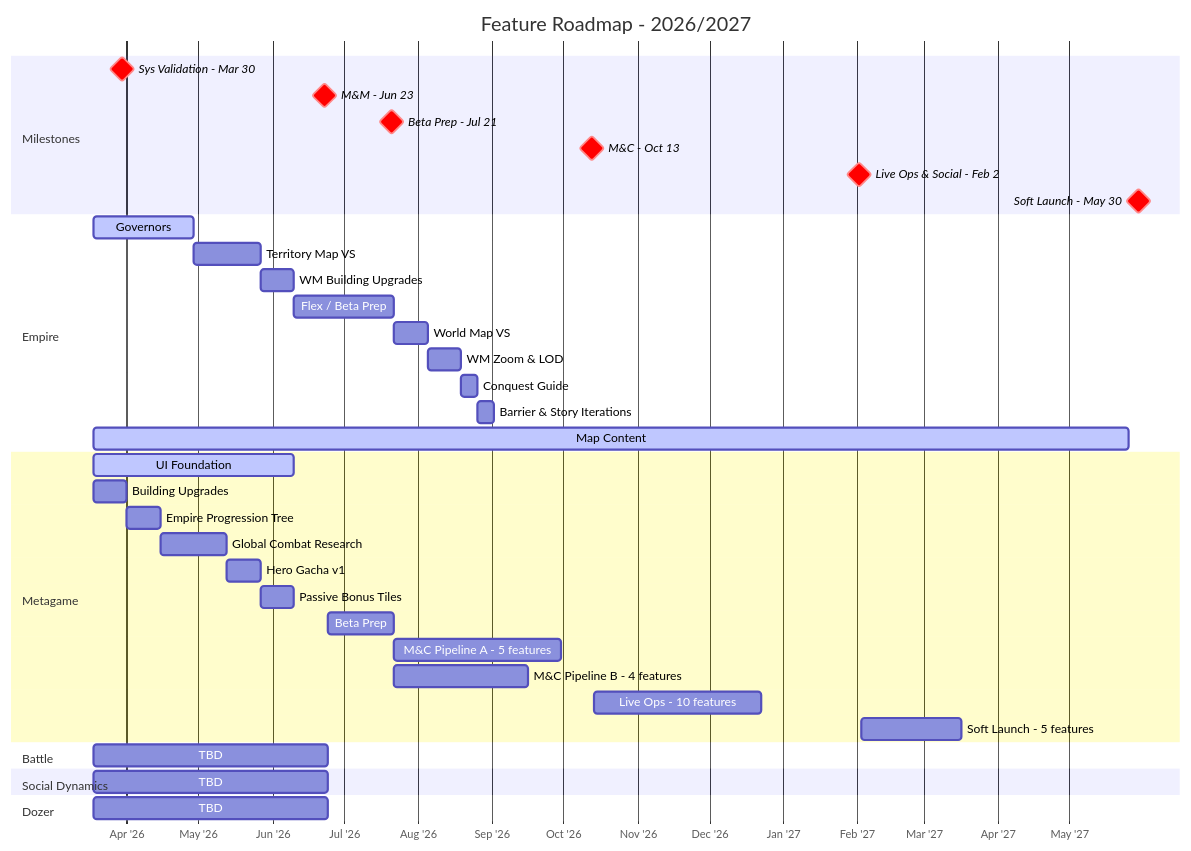
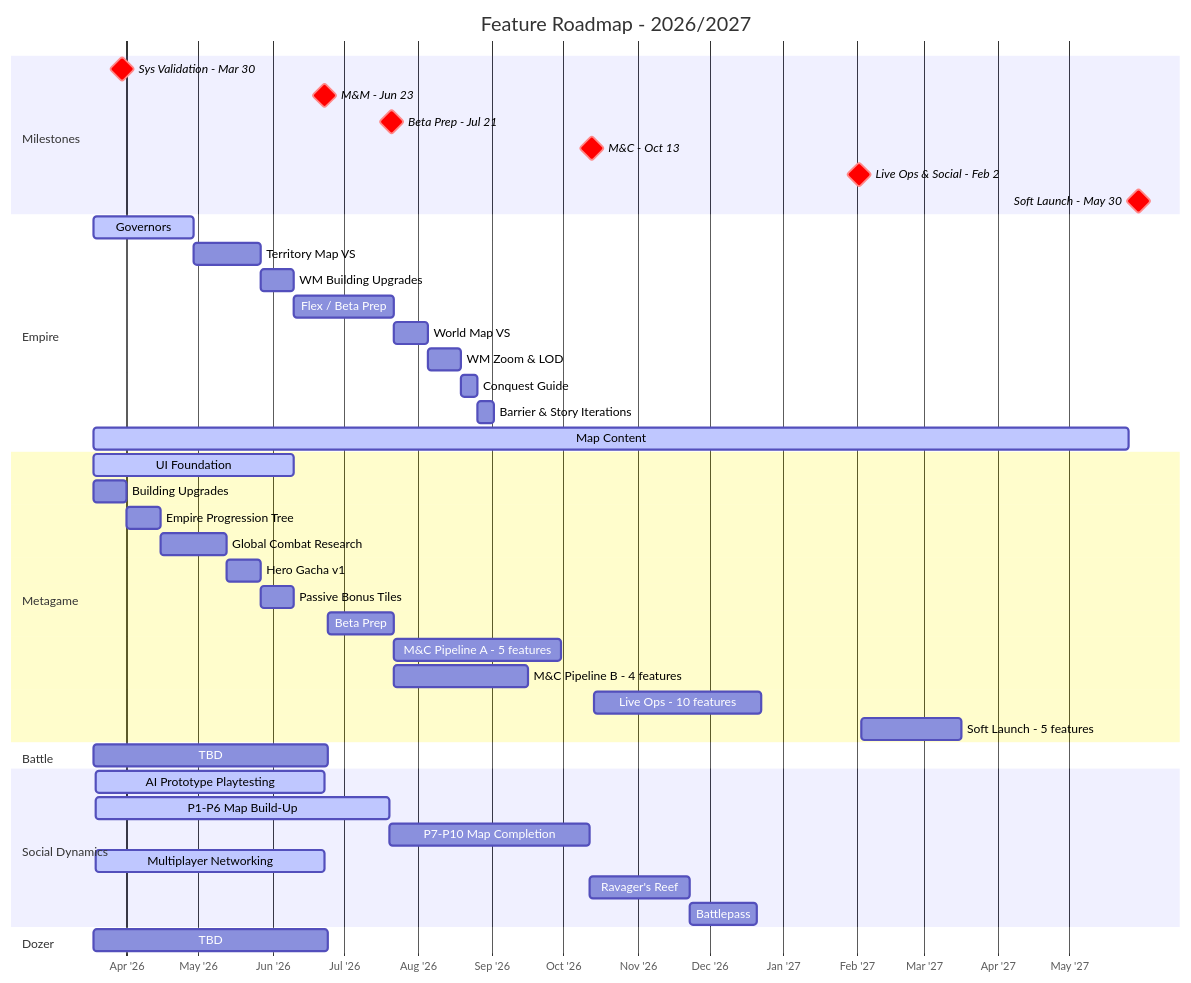
One commit to timwilliams-prod/proj-chimera-documentation-brain changed the diagram in generated/roadmap.md. Above: the diagram before and after it, drawn with Mermaid. The commit also changed other lines of this file and 1 other file, not shown here.

Commit message:
updated roadmap

````diff
--- a/generated/roadmap.md
+++ b/generated/roadmap.md
@@ -16,48 +16,53 @@
 ```mermaid
 gantt
     title Feature Roadmap - 2026/2027
     dateFormat YYYY-MM-DD
     axisFormat %b '%y
     tickInterval 1month
 
     section Milestones
     Sys Validation - Mar 30   :crit, milestone, 2026-03-30, 0d
     M&M - Jun 23              :crit, milestone, 2026-06-23, 0d
     Beta Prep - Jul 21        :crit, milestone, 2026-07-21, 0d
     M&C - Oct 13              :crit, milestone, 2026-10-13, 0d
     Live Ops & Social - Feb 2 :crit, milestone, 2027-02-02, 0d
     Soft Launch - May 30      :crit, milestone, 2027-05-30, 0d
 
     section Empire
     Governors                 :active,  emp1, 2026-03-18, 42d
     Territory Map VS          :         emp2, after emp1, 28d
     WM Building Upgrades      :         emp3, after emp2, 14d
     Flex / Beta Prep          :         emp_bp, after emp3, 42d
     World Map VS              :         emp4, after emp_bp, 14d
     WM Zoom & LOD             :         emp5, after emp4, 14d
     Conquest Guide            :         emp6, after emp5, 7d
     Barrier & Story Iterations:         emp7, after emp6, 7d
     Map Content               :active,  emp_content, 2026-03-18, 434d
 
     section Metagame
     UI Foundation              :active, meta_a, 2026-03-18, 84d
     Building Upgrades          :meta1, 2026-03-18, 14d
     Empire Progression Tree    :meta2, after meta1, 14d
     Global Combat Research     :meta3, after meta2, 28d
     Hero Gacha v1              :meta4, after meta3, 14d
     Passive Bonus Tiles        :meta5, after meta4, 14d
     Beta Prep                  :meta_bp, 2026-06-24, 28d
     M&C Pipeline A - 5 features :meta_mc1, 2026-07-22, 70d
     M&C Pipeline B - 4 features :meta_mc2, 2026-07-22, 56d
     Live Ops - 10 features     :meta_lo, 2026-10-14, 70d
     Soft Launch - 5 features   :meta_sl, 2027-02-03, 42d
 
     section Battle
     TBD                       :         bat1, 2026-03-18, 98d
 
     section Social Dynamics
-    TBD                       :         soc1, 2026-03-18, 98d
+    AI Prototype Playtesting   :active,  soc_ai, 2026-03-19, 2026-06-23
+    P1-P6 Map Build-Up        :active,  soc1, 2026-03-19, 2026-07-20
+    P7-P10 Map Completion      :         soc2, after soc1, 84d
+    Multiplayer Networking     :active,  soc_net, 2026-03-19, 2026-06-23
+    Ravager's Reef             :         soc_rr, after soc2, 42d
+    Battlepass                 :         soc_bp, after soc_rr, 28d
 
     section Dozer
     TBD                       :         doz1, 2026-03-18, 98d
 ```
````
